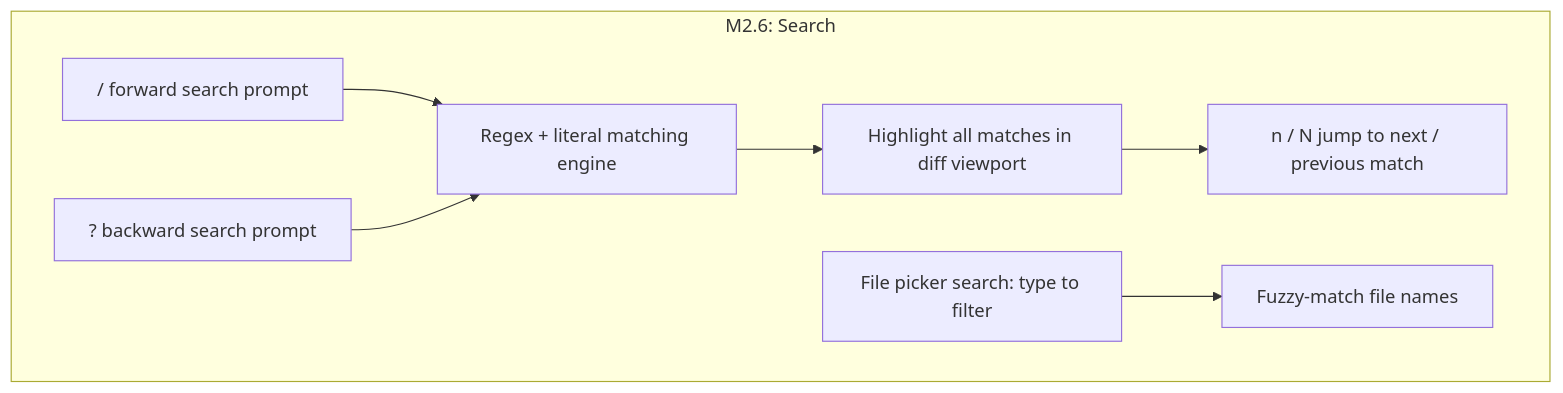
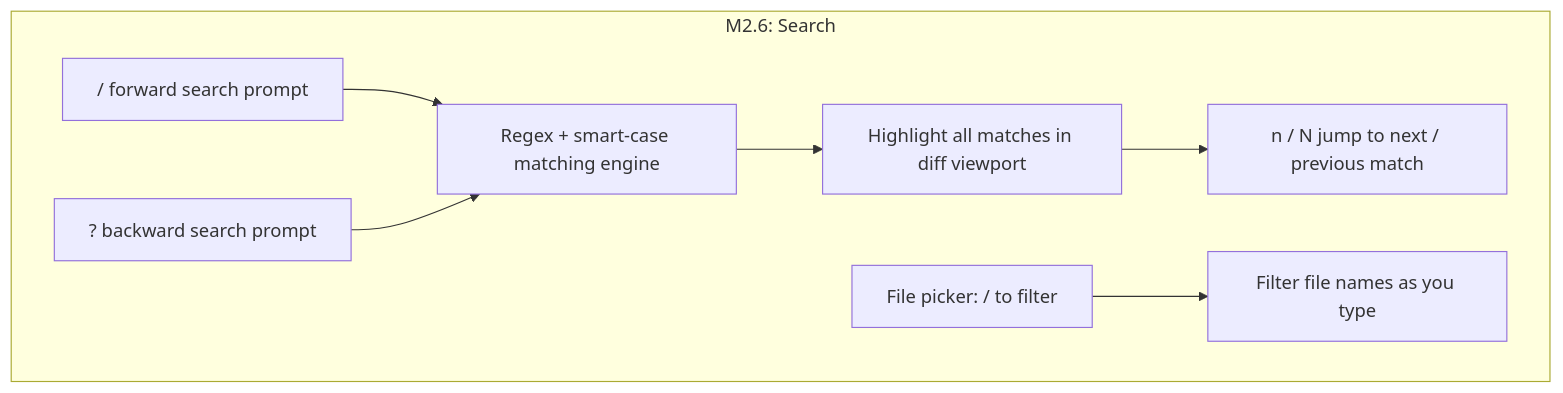
Before and after one commit to Neville-Loh/gh-review: the third of 9 diagrams in docs/ROADMAP.md, drawn with Mermaid. The commit also changed other lines of this file and 25 other files, not shown here.

````diff
--- a/docs/ROADMAP.md
+++ b/docs/ROADMAP.md
@@ -82,10 +67,10 @@
 ```mermaid
 graph TD
     subgraph m26 [M2.6: Search]
-        SR1["/ forward search prompt"] --> SR2[Regex + literal matching engine]
+        SR1["/ forward search prompt"] --> SR2[Regex + smart-case matching engine]
         SR3["? backward search prompt"] --> SR2
         SR2 --> SR4["Highlight all matches in diff viewport"]
         SR4 --> SR5["n / N jump to next / previous match"]
-        SR6["File picker search: type to filter"] --> SR7["Fuzzy-match file names"]
+        SR6["File picker: / to filter"] --> SR7["Filter file names as you type"]
     end
 ```
````
